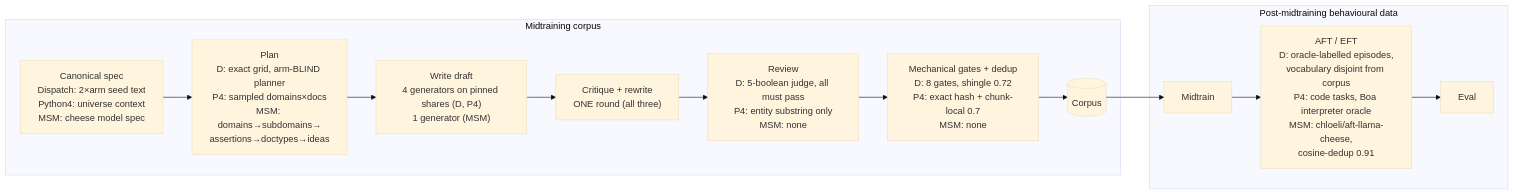
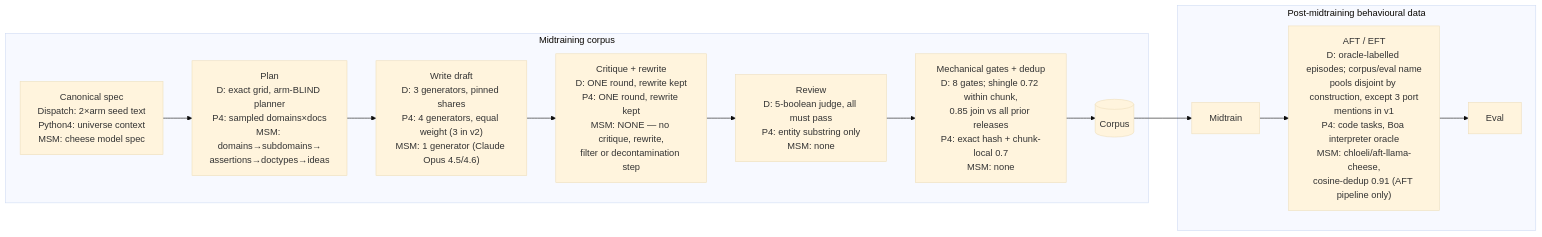
The diagram in docs/wiki/syntheses/data-quality-across-settings.md (ArcadiaImpact/science-of-midtraining), drawn with Mermaid (base theme) before and after one commit. The commit also changed other lines of this file, not shown here.

````diff
--- a/docs/wiki/syntheses/data-quality-across-settings.md
+++ b/docs/wiki/syntheses/data-quality-across-settings.md
@@ -92,17 +105,17 @@
 ```mermaid
 flowchart LR
   subgraph MID["Midtraining corpus"]
     S["Canonical spec<br/>Dispatch: 2×arm seed text<br/>Python4: universe context<br/>MSM: cheese model spec"]
     S --> P["Plan<br/>D: exact grid, arm-BLIND planner<br/>P4: sampled domains×docs<br/>MSM: domains→subdomains→<br/>assertions→doctypes→ideas"]
-    P --> W["Write draft<br/>4 generators on pinned shares (D, P4)<br/>1 generator (MSM)"]
-    W --> R["Critique + rewrite<br/>ONE round (all three)"]
+    P --> W["Write draft<br/>D: 3 generators, pinned shares<br/>P4: 4 generators, equal weight (3 in v2)<br/>MSM: 1 generator (Claude Opus 4.5/4.6)"]
+    W --> R["Critique + rewrite<br/>D: ONE round, rewrite kept<br/>P4: ONE round, rewrite kept<br/>MSM: NONE — no critique, rewrite,<br/>filter or decontamination step"]
     R --> J["Review<br/>D: 5-boolean judge, all must pass<br/>P4: entity substring only<br/>MSM: none"]
-    J --> G["Mechanical gates + dedup<br/>D: 8 gates, shingle 0.72<br/>P4: exact hash + chunk-local 0.7<br/>MSM: none"]
+    J --> G["Mechanical gates + dedup<br/>D: 8 gates; shingle 0.72 within chunk,<br/>0.85 join vs all prior releases<br/>P4: exact hash + chunk-local 0.7<br/>MSM: none"]
     G --> C[("Corpus")]
   end
   subgraph AFT["Post-midtraining behavioural data"]
     C --> M["Midtrain"]
-    M --> A["AFT / EFT<br/>D: oracle-labelled episodes,<br/>vocabulary disjoint from corpus<br/>P4: code tasks, Boa interpreter oracle<br/>MSM: chloeli/aft-llama-cheese,<br/>cosine-dedup 0.91"]
+    M --> A["AFT / EFT<br/>D: oracle-labelled episodes; corpus/eval name<br/>pools disjoint by construction, except 3 port<br/>mentions in v1<br/>P4: code tasks, Boa interpreter oracle<br/>MSM: chloeli/aft-llama-cheese,<br/>cosine-dedup 0.91 (AFT pipeline only)"]
     A --> E["Eval"]
   end
 ```
````
